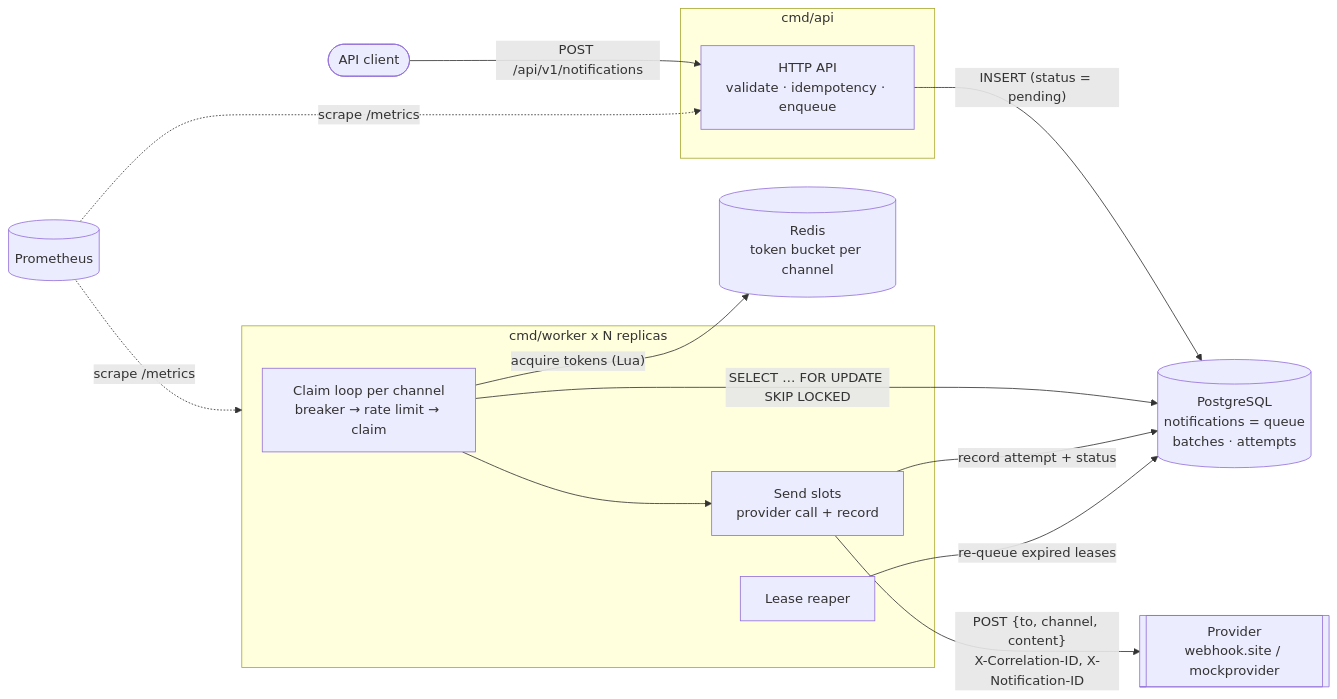
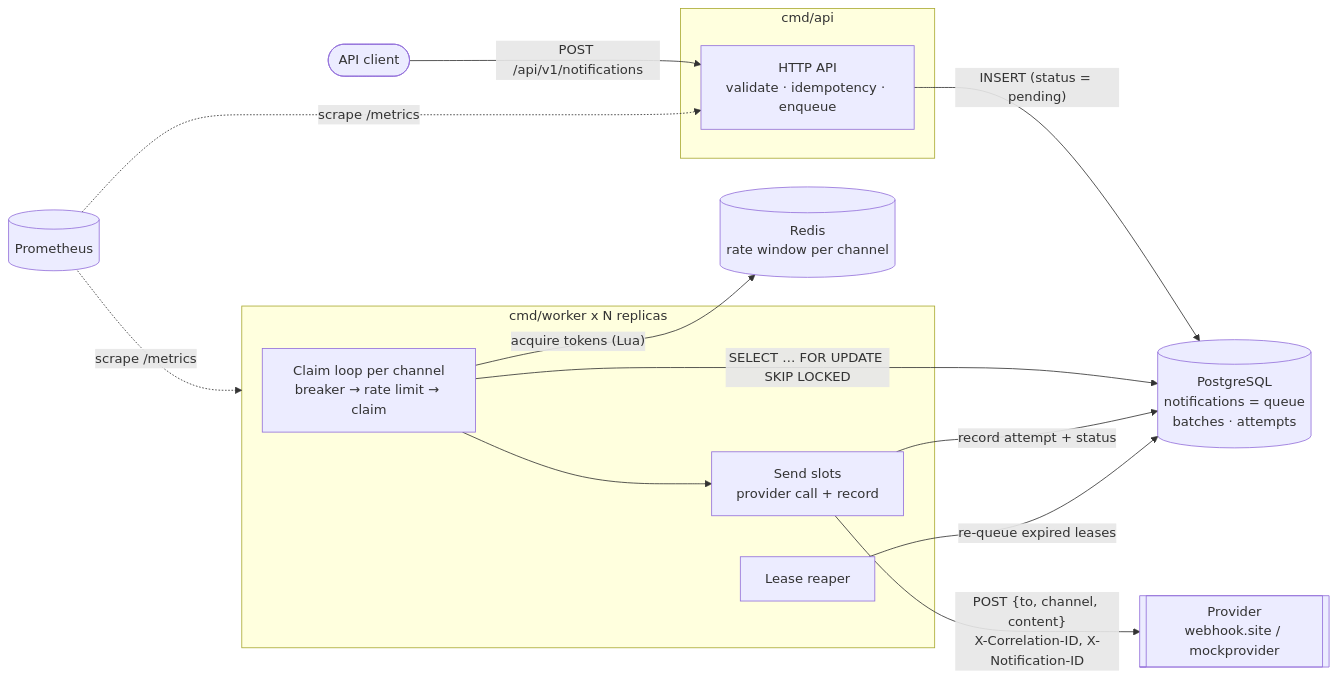
One commit to Chroex/insider-notification-service changed the first of 3 diagrams in README.md. Above: the diagram before and after it, drawn with Mermaid. The commit also changed other lines of this file and 12 other files, not shown here.

````diff
--- a/README.md
+++ b/README.md
@@ -75,27 +75,27 @@
 ```mermaid
 flowchart LR
     client([API client])
     subgraph api_box [cmd/api]
         api[HTTP API<br/>validate · idempotency · enqueue]
     end
     subgraph worker_box [cmd/worker x N replicas]
         claim[Claim loop per channel<br/>breaker → rate limit → claim]
         send[Send slots<br/>provider call + record]
         reaper[Lease reaper]
     end
     pg[(PostgreSQL<br/>notifications = queue<br/>batches · attempts)]
-    redis[(Redis<br/>token bucket per channel)]
+    redis[(Redis<br/>rate window per channel)]
     provider[[Provider<br/>webhook.site / mockprovider]]
     prom[(Prometheus)]
 
     client -- "POST /api/v1/notifications" --> api
     api -- "INSERT (status = pending)" --> pg
     claim -- "SELECT … FOR UPDATE SKIP LOCKED" --> pg
     claim -- "acquire tokens (Lua)" --> redis
     claim --> send
     send -- "POST {to, channel, content}<br/>X-Correlation-ID, X-Notification-ID" --> provider
     send -- "record attempt + status" --> pg
     reaper -- "re-queue expired leases" --> pg
     prom -. scrape /metrics .-> api
     prom -. scrape /metrics .-> worker_box
 ```
````
